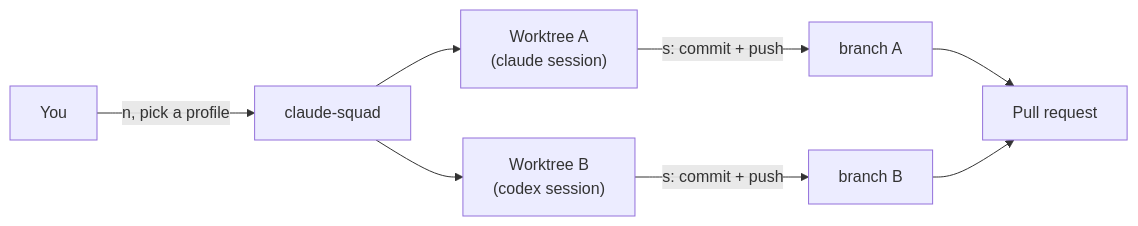
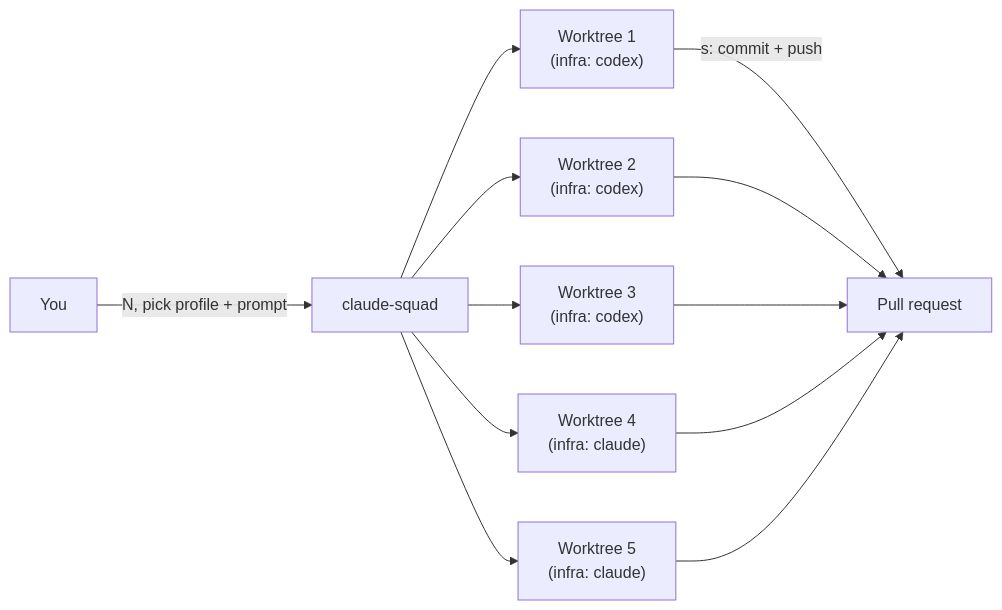
Before and after one commit to armarquez/ai-workspace: the diagram in docs/onboarding-a-repo.md, drawn with Mermaid. The commit also changed other lines of this file, not shown here.

First line of the commit message:
Fix claude-squad profile-picker docs: n vs shift+N

````diff
--- a/docs/onboarding-a-repo.md
+++ b/docs/onboarding-a-repo.md
@@ -144,10 +144,14 @@
 ```mermaid
 flowchart LR
-    H[You] -->|"n, pick a profile"| CS[claude-squad]
-    CS --> W1["Worktree A<br />(claude session)"]
-    CS --> W2["Worktree B<br />(codex session)"]
-    W1 -->|"s: commit + push"| B1[branch A]
-    W2 -->|"s: commit + push"| B2[branch B]
-    B1 --> PR[Pull request]
-    B2 --> PR
+    H[You] -->|"N, pick profile + prompt"| CS[claude-squad]
+    CS --> W1["Worktree 1<br />(infra: codex)"]
+    CS --> W2["Worktree 2<br />(infra: codex)"]
+    CS --> W3["Worktree 3<br />(infra: codex)"]
+    CS --> W4["Worktree 4<br />(infra: claude)"]
+    CS --> W5["Worktree 5<br />(infra: claude)"]
+    W1 -->|"s: commit + push"| PR[Pull request]
+    W2 --> PR
+    W3 --> PR
+    W4 --> PR
+    W5 --> PR
 ```
````
